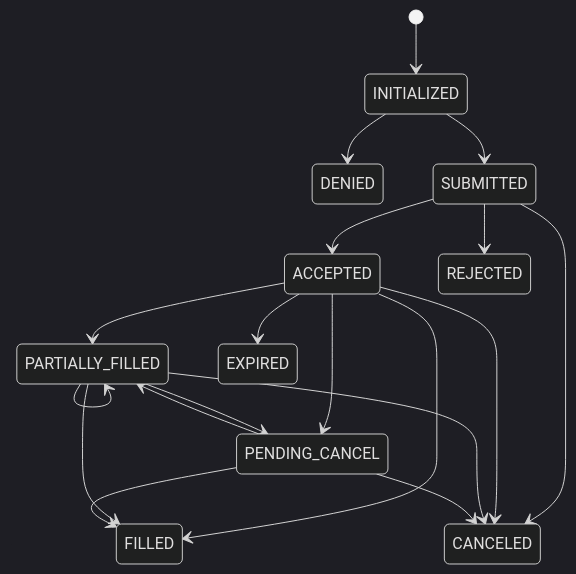
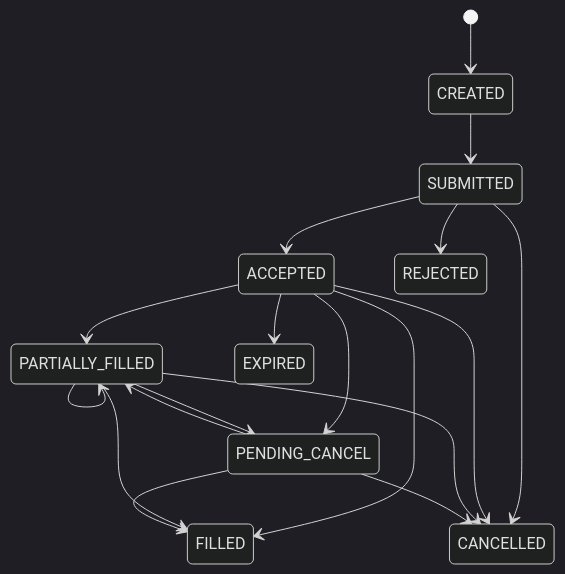
One commit to zongxin1993/OnlyAlpha changed the second of 2 diagrams in docs/domain_model.md. Above: the diagram before and after it, drawn with Mermaid (dark theme). The commit also changed other lines of this file and 107 other files, not shown here.

````diff
--- a/docs/domain_model.md
+++ b/docs/domain_model.md
@@ -142,21 +142,20 @@
 ```mermaid
 stateDiagram-v2
-    [*] --> INITIALIZED
-    INITIALIZED --> DENIED
-    INITIALIZED --> SUBMITTED
+    [*] --> CREATED
+    CREATED --> SUBMITTED
     SUBMITTED --> ACCEPTED
     SUBMITTED --> REJECTED
-    SUBMITTED --> CANCELED
+    SUBMITTED --> CANCELLED
     ACCEPTED --> PARTIALLY_FILLED
     ACCEPTED --> PENDING_CANCEL
-    ACCEPTED --> CANCELED
+    ACCEPTED --> CANCELLED
     ACCEPTED --> EXPIRED
     ACCEPTED --> FILLED
     PARTIALLY_FILLED --> PARTIALLY_FILLED
     PARTIALLY_FILLED --> PENDING_CANCEL
-    PARTIALLY_FILLED --> CANCELED
+    PARTIALLY_FILLED --> CANCELLED
     PARTIALLY_FILLED --> FILLED
-    PENDING_CANCEL --> CANCELED
+    PENDING_CANCEL --> CANCELLED
     PENDING_CANCEL --> PARTIALLY_FILLED
     PENDING_CANCEL --> FILLED
 ```
````
